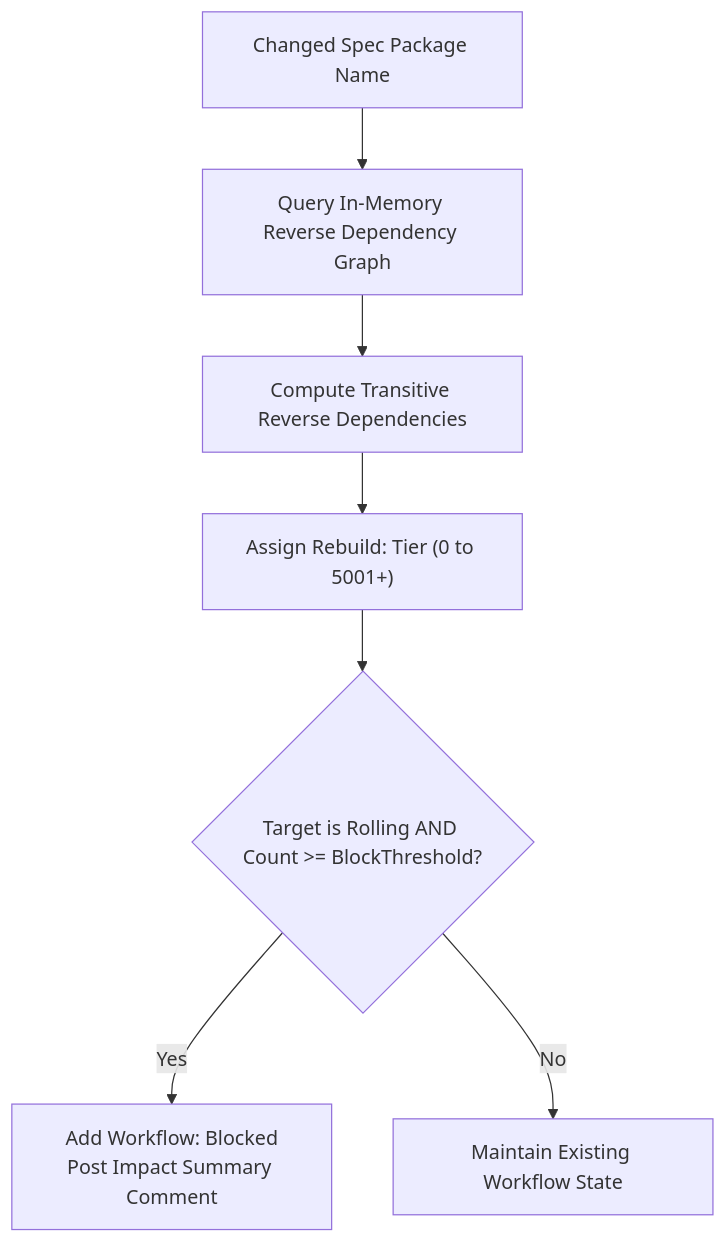
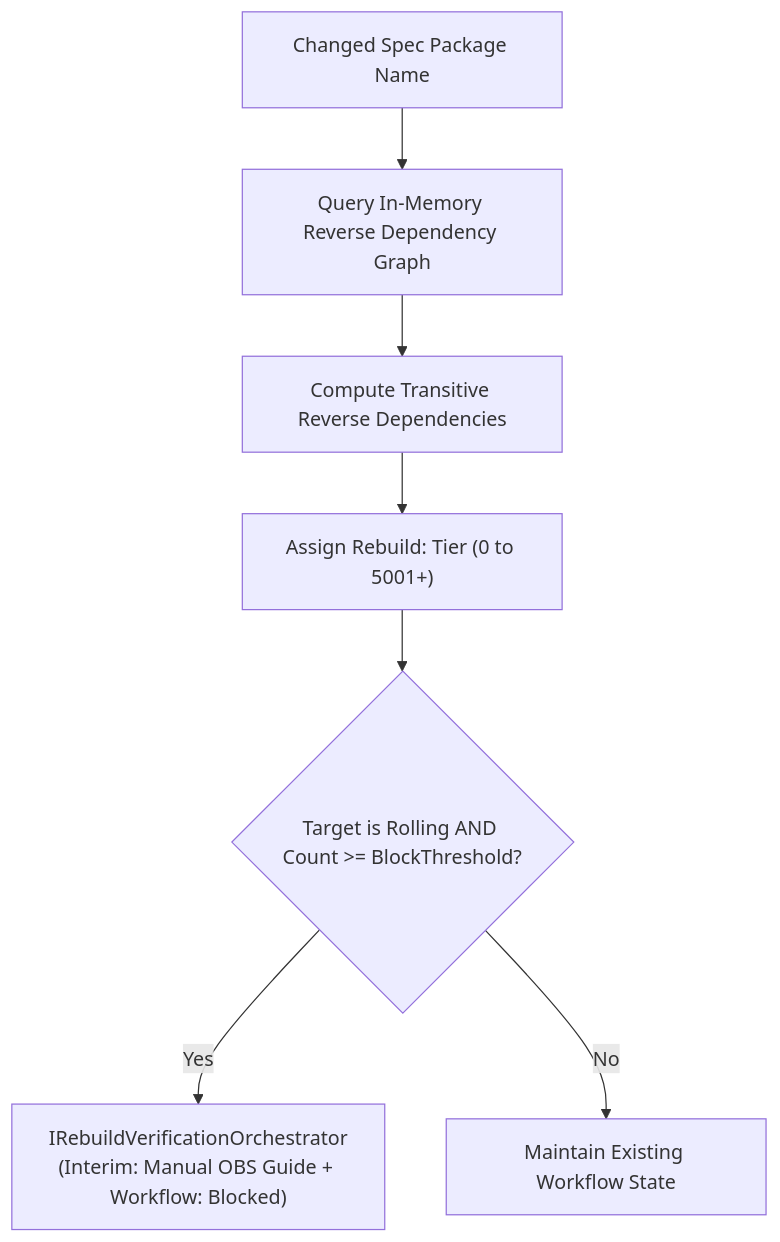
One commit to openRuyi-Project/abaci-bot changed the diagram in docs/modules/rebuild-impact.md. Above: the diagram before and after it, drawn with Mermaid. The commit also changed other lines of this file and 92 other files, not shown here.

````diff
--- a/docs/modules/rebuild-impact.md
+++ b/docs/modules/rebuild-impact.md
@@ -18,9 +18,9 @@
 ```mermaid
 flowchart TD
     Spec["Changed Spec Package Name"] --> Repodata["Query In-Memory Reverse Dependency Graph"]
     Repodata --> Calc["Compute Transitive Reverse Dependencies"]
     Calc --> Tier["Assign Rebuild: Tier (0 to 5001+)"]
     Tier --> TargetCheck{"Target is Rolling AND Count >= BlockThreshold?"}
-    TargetCheck -- Yes --> Block["Add Workflow: Blocked<br>Post Impact Summary Comment"]
+    TargetCheck -- Yes --> Orchestrator["IRebuildVerificationOrchestrator<br>(Interim: Manual OBS Guide + Workflow: Blocked)"]
     TargetCheck -- No --> Pass["Maintain Existing Workflow State"]
 ```
````
